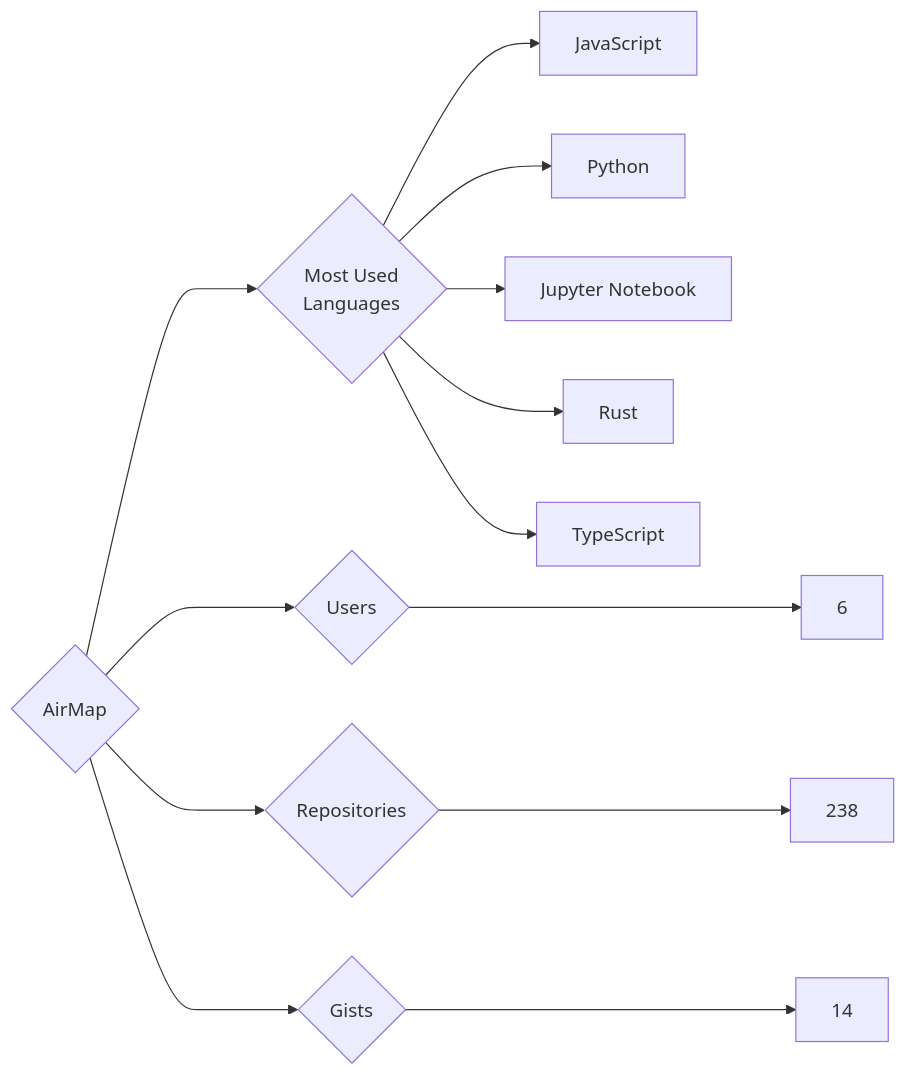
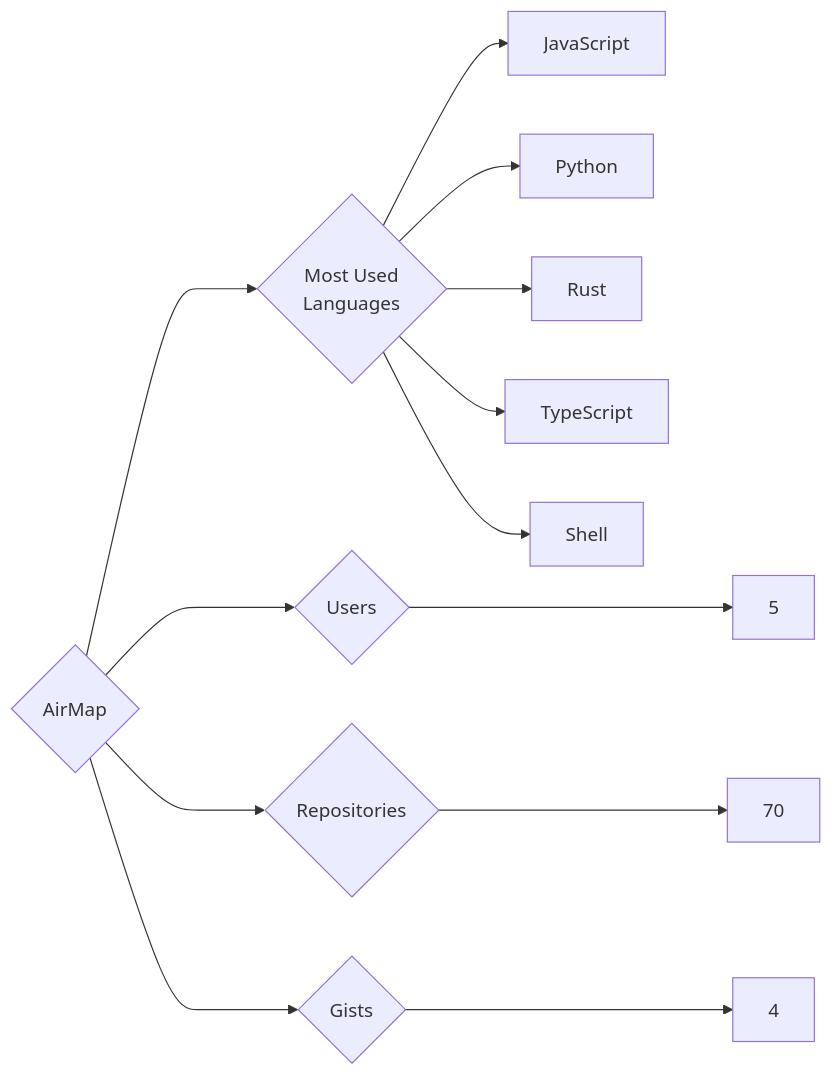
Before and after one commit to trickest/insiders: the diagram in targets/AirMap/README.md, drawn with Mermaid. The commit also changed 933 other files, not shown here.

````diff
--- a/targets/AirMap/README.md
+++ b/targets/AirMap/README.md
@@ -3,13 +3,13 @@
 ```mermaid
 graph LR
 COMPANY_NAME{AirMap}
-COMPANY_NAME ---> U{Users} ---> UN[6]
-COMPANY_NAME ---> R{Repositories} ---> RN[238]
-COMPANY_NAME ---> G{Gists} ---> GN[14]
+COMPANY_NAME ---> U{Users} ---> UN[5]
+COMPANY_NAME ---> R{Repositories} ---> RN[70]
+COMPANY_NAME ---> G{Gists} ---> GN[4]
 COMPANY_NAME ---> ML{Most Used<br>Languages}
 ML --> JavaScript[JavaScript]
 ML --> Python[Python]
-ML --> Jupyter_Notebook[Jupyter Notebook]
 ML --> Rust[Rust]
 ML --> TypeScript[TypeScript]
+ML --> Shell[Shell]
 ```
````
